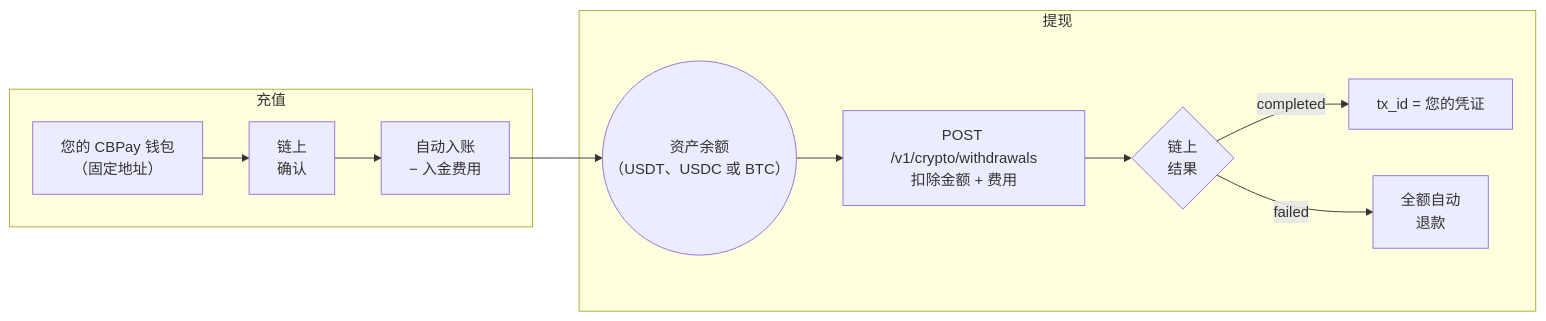
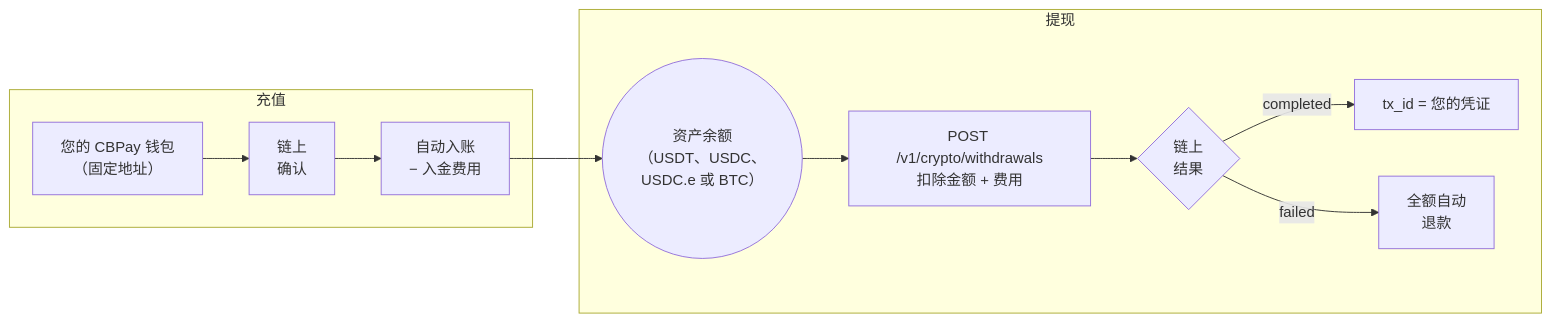
Before and after one commit to CBpayapp/cbpay-docs: the diagram in mcp-pack/guides/zh/guides/crypto.md, drawn with Mermaid. The commit also changed other lines of this file and 64 other files, not shown here.

````diff
--- a/mcp-pack/guides/zh/guides/crypto.md
+++ b/mcp-pack/guides/zh/guides/crypto.md
@@ -23,14 +28,14 @@
 ```mermaid
 flowchart LR
     subgraph depositFlow [充值]
         wallet["您的 CBPay 钱包<br/>（固定地址）"] --> confirmed["链上<br/>确认"]
         confirmed --> credit["自动入账<br/>− 入金费用"]
     end
-    credit --> balance(("资产余额<br/>（USDT、USDC 或 BTC）"))
+    credit --> balance(("资产余额<br/>（USDT、USDC、USDC.e 或 BTC）"))
     subgraph withdrawFlow [提现]
         balance --> withdrawal["POST /v1/crypto/withdrawals<br/>扣除金额 + 费用"]
         withdrawal --> onchain{"链上<br/>结果"}
         onchain -->|"completed"| txid["tx_id = 您的凭证"]
         onchain -->|"failed"| refund["全额自动<br/>退款"]
     end
 ```
````
